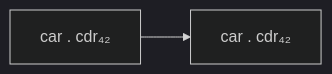
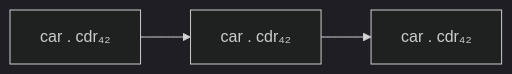
One commit to raviqqe/doc changed the diagram in slides/papers/stak-scheme/code-graph-in-depth.mmd. Above: the diagram before and after it, drawn with Mermaid (dark theme).

```diff
--- a/slides/papers/stak-scheme/code-graph-in-depth.mmd
+++ b/slides/papers/stak-scheme/code-graph-in-depth.mmd
@@ -1,2 +1,2 @@
 flowchart LR
-  c0["car . cdr₄₂"] --> c1["car . cdr₄₂"]
+  c0["car . cdr₄₂"] --> c1["car . cdr₄₂"] --> c2["car . cdr₄₂"]
```
